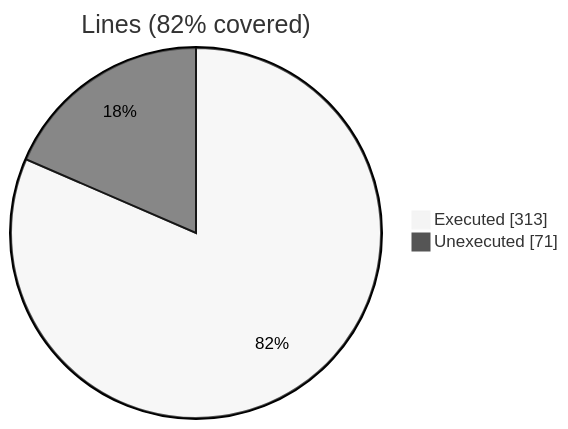
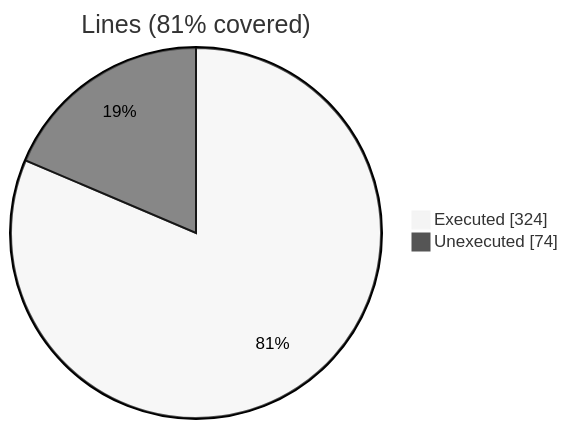
One commit to szaghi/FOSSIL changed the first of 2 diagrams in docs/guide/fossil_facet_object.f90.gcov.md. Above: the diagram before and after it, drawn with Mermaid (neutral theme). The commit also changed other lines of this file and 40 other files, not shown here.

````diff
--- a/docs/guide/fossil_facet_object.f90.gcov.md
+++ b/docs/guide/fossil_facet_object.f90.gcov.md
@@ -10,6 +10,6 @@
 ```mermaid
 pie showData
-    title Lines (82% covered)
-    "Executed" : 313
-    "Unexecuted" : 71
+    title Lines (81% covered)
+    "Executed" : 324
+    "Unexecuted" : 74
 ```
````
